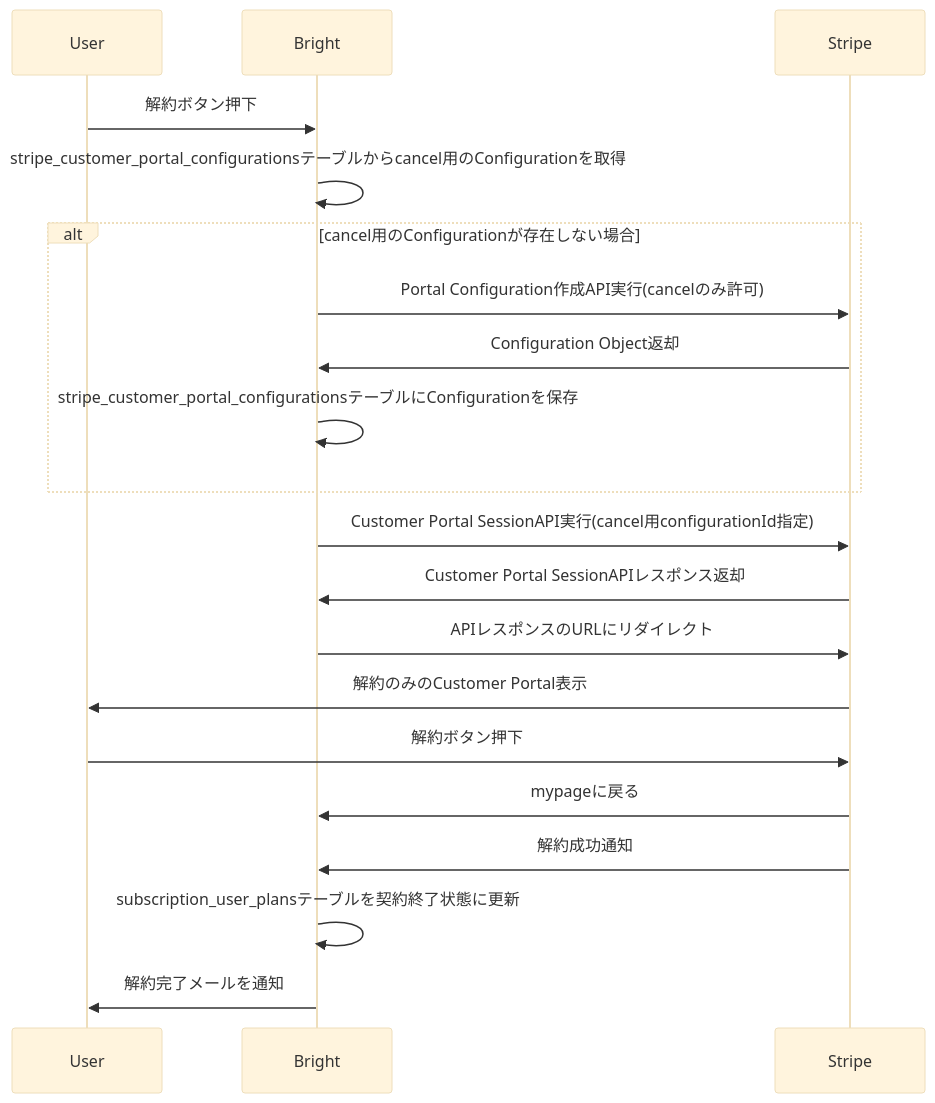
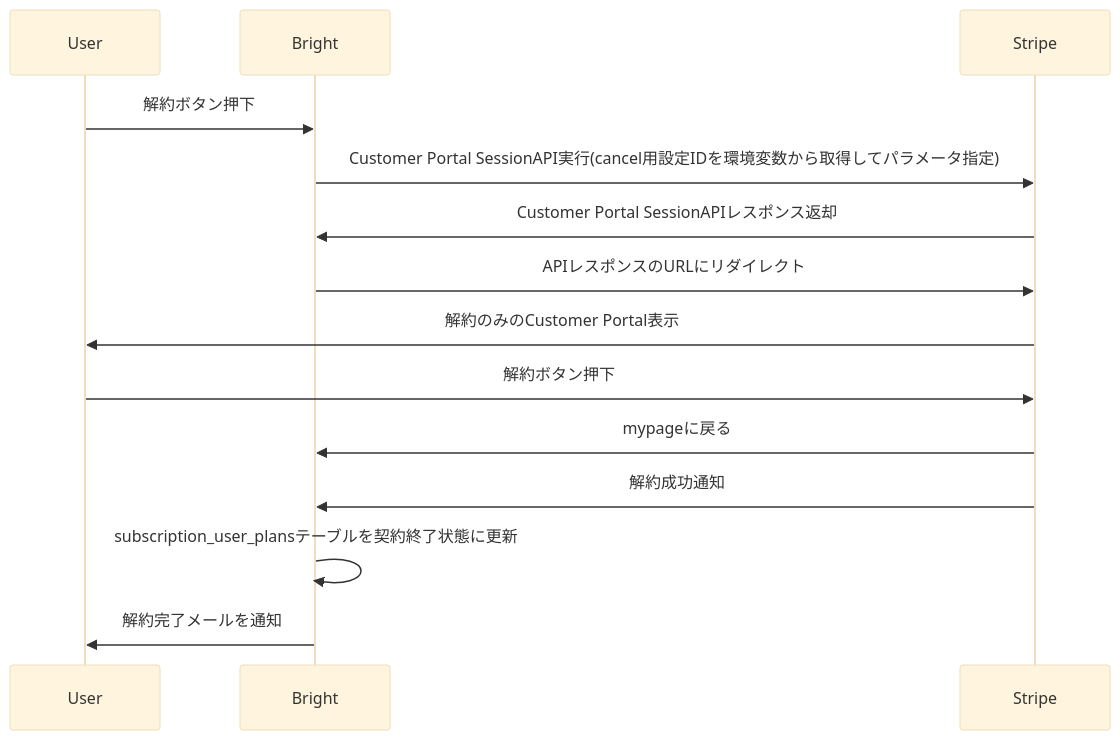
One commit to bright-org/bright changed the fifth of 10 diagrams in docs/logics/subscription.md. Above: the diagram before and after it, drawn with Mermaid (base theme). The commit also changed other lines of this file, not shown here.

Commit message:
決済関連の設計ドキュメント作成 - stripe_customer_portal_configurationsテーブルに保存する内容は環境変数保存へ変更するためテーブル設計情報を削除。また、本修正に伴い影響のあるシーケンス箇所も修正

````diff
--- a/docs/logics/subscription.md
+++ b/docs/logics/subscription.md
@@ -147,25 +132,17 @@
 ```mermaid
 sequenceDiagram
     participant User
     participant Bright
     participant Stripe
 
     User ->> Bright: 解約ボタン押下
-    Bright ->> Bright: stripe_customer_portal_configurationsテーブルからcancel用のConfigurationを取得
-    alt cancel用のConfigurationが存在しない場合
-        Bright ->> Stripe: Portal Configuration作成API実行(cancelのみ許可)
-        Stripe ->> Bright: Configuration Object返却
-        Bright ->> Bright: stripe_customer_portal_configurationsテーブルにConfigurationを保存
-    end
-
-    Bright ->> Stripe: Customer Portal SessionAPI実行(cancel用configurationId指定)
+    Bright ->> Stripe: Customer Portal SessionAPI実行(cancel用設定IDを環境変数から取得してパラメータ指定)
     Stripe ->> Bright: Customer Portal SessionAPIレスポンス返却
     Bright ->> Stripe: APIレスポンスのURLにリダイレクト
     Stripe ->> User: 解約のみのCustomer Portal表示
     User ->> Stripe: 解約ボタン押下
     Stripe ->> Bright: mypageに戻る
     Stripe ->> Bright: 解約成功通知
-
     Bright ->> Bright: subscription_user_plansテーブルを契約終了状態に更新
     Bright ->> User: 解約完了メールを通知
 ```
````
